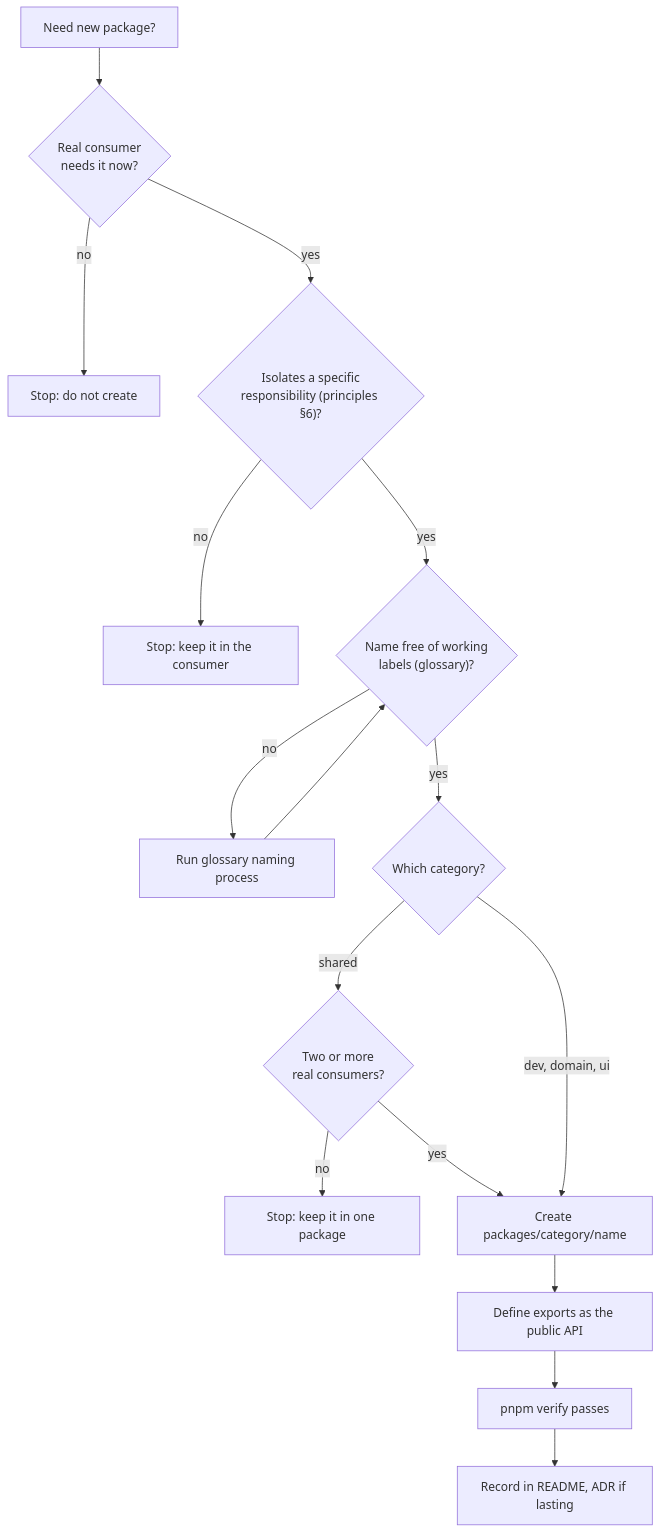
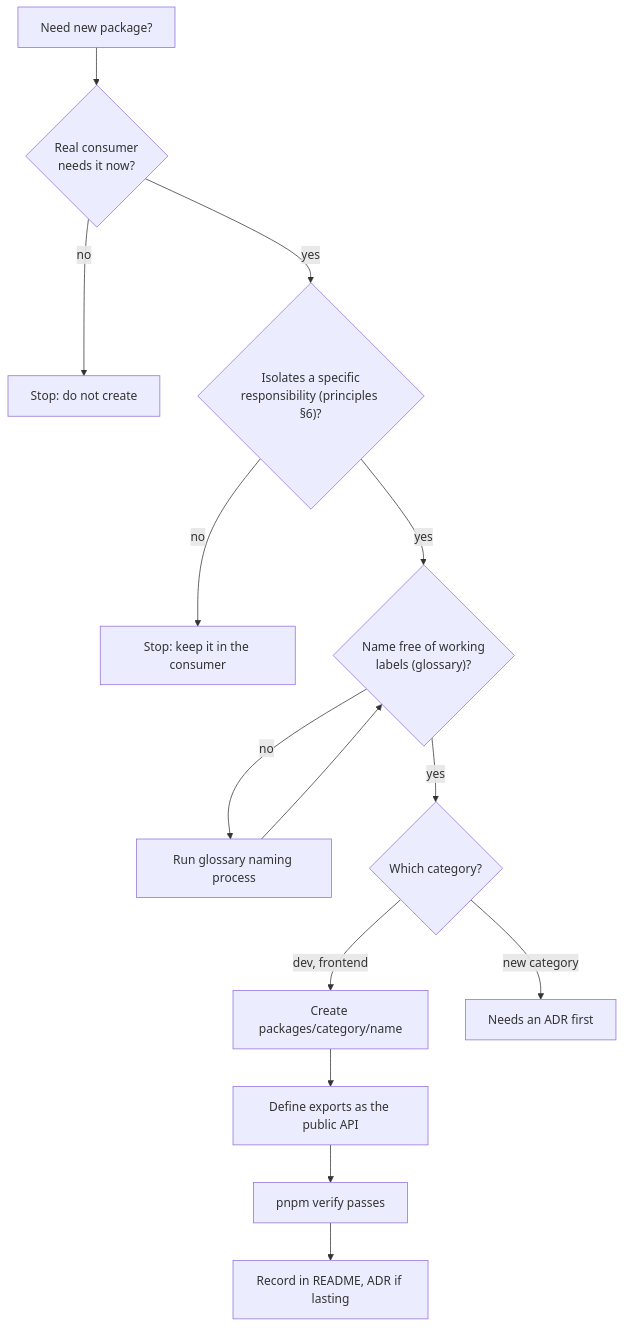
The diagram in docs/architecture/package-creation-checklist.md (hsadoqi/synapcity-v2), drawn with Mermaid before and after one commit. The commit also changed other lines of this file and 18 other files, not shown here.

Commit message:
feat: add ADRs for styling foundation, typography roles, and class merging; update docs for agents, including updated decisions for design and architecture

````diff
--- a/docs/architecture/package-creation-checklist.md
+++ b/docs/architecture/package-creation-checklist.md
@@ -7,18 +7,16 @@
 ```mermaid
 flowchart TD
   start["Need new package?"] --> use{"Real consumer<br/>needs it now?"}
   use -- no --> stop1["Stop: do not create"]
   use -- yes --> resp{"Isolates a specific<br/>responsibility (principles §6)?"}
   resp -- no --> stop2["Stop: keep it in the consumer"]
   resp -- yes --> name{"Name free of working<br/>labels (glossary)?"}
   name -- no --> gloss["Run glossary naming process"]
   gloss --> name
   name -- yes --> cat{"Which category?"}
-  cat -- shared --> two{"Two or more<br/>real consumers?"}
-  two -- no --> stop3["Stop: keep it in one package"]
-  two -- yes --> place["Create packages/category/name"]
-  cat -- "dev, domain, ui" --> place
+  cat -- "dev, frontend" --> place["Create packages/category/name"]
+  cat -- "new category" --> adr["Needs an ADR first"]
   place --> api["Define exports as the public API"]
   api --> verify["pnpm verify passes"]
   verify --> record["Record in README, ADR if lasting"]
 ```
````
